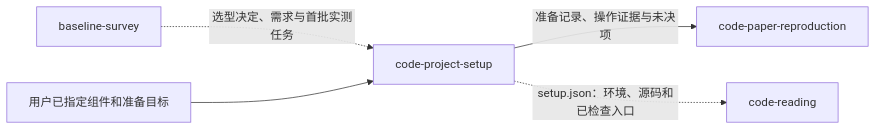
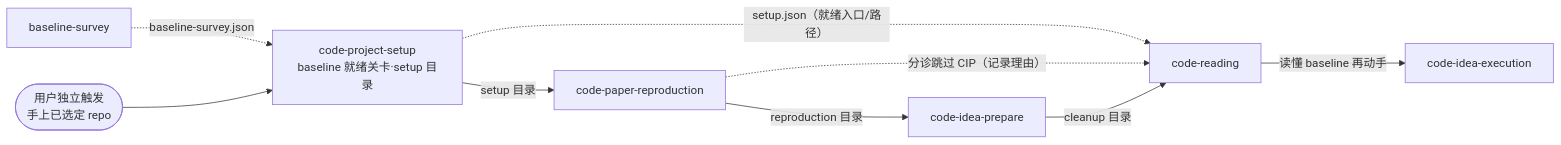
The first of 3 diagrams in plugins/dl-assistant/skills/code-project-setup/SKILL.md (jackwang0108/dl-assistant), drawn with Mermaid before and after one commit. The commit also changed other lines of this file and 256 other files, not shown here.

````diff
--- a/plugins/dl-assistant/skills/code-project-setup/SKILL.md
+++ b/plugins/dl-assistant/skills/code-project-setup/SKILL.md
@@ -24,7 +57,12 @@
 ```mermaid
 flowchart LR
-    BS[baseline-survey] -.->|选型决定、需求与首批实测任务| CPS[code-project-setup]
-    USER[用户已指定组件和准备目标] --> CPS
-    CPS -->|准备记录、操作证据与未决项| CPR[code-paper-reproduction]
-    CPS -.->|setup.json：环境、源码和已检查入口| CR[code-reading]
+    BS[baseline-survey] -.->|baseline-survey.json| CPS
+    USER(["用户独立触发<br/>手上已选定 repo"]) --> CPS
+    CPS["code-project-setup<br/>baseline 就绪关卡·setup 目录"]
+    CPS -->|setup 目录| CPR[code-paper-reproduction]
+    CPS -.->|setup.json（就绪入口/路径）| CR
+    CPR -->|reproduction 目录| CIP[code-idea-prepare]
+    CPR -.->|分诊跳过 CIP（记录理由）| CR
+    CIP -->|cleanup 目录| CR[code-reading]
+    CR -->|读懂 baseline 再动手| EX[code-idea-execution]
 ```
````
